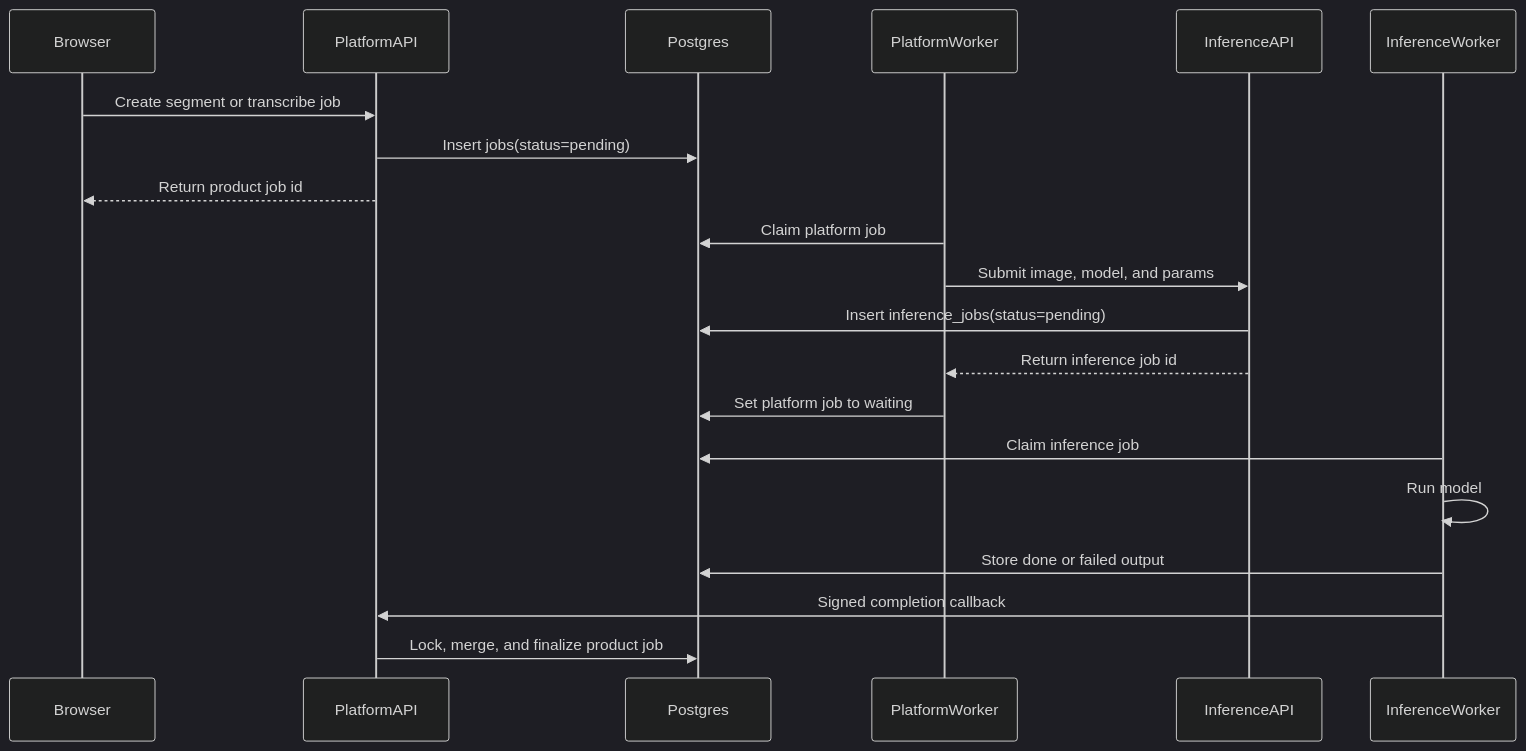
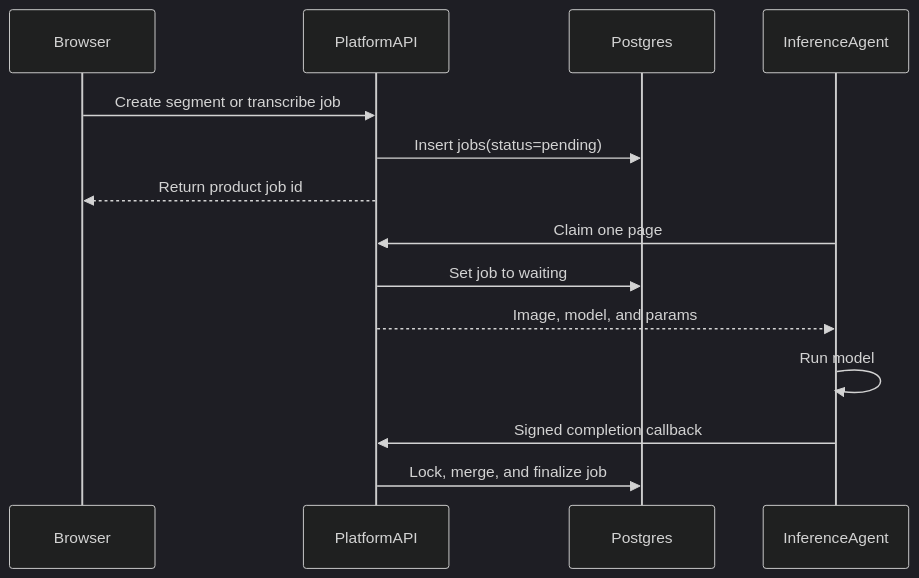
The second of 4 diagrams in docs/architecture.md (kkkamur07/greekOCR), drawn with Mermaid (dark theme) before and after one commit. The commit also changed other lines of this file and 31 other files, not shown here.

First line of the commit message:
build: remove the inference-api container and its Postgres dependencies

````diff
--- a/docs/architecture.md
+++ b/docs/architecture.md
@@ -80,23 +80,17 @@
 ```mermaid
 sequenceDiagram
     participant UI as Browser
     participant API as PlatformAPI
     participant DB as Postgres
-    participant PW as PlatformWorker
-    participant IA as InferenceAPI
-    participant IW as InferenceWorker
+    participant AG as InferenceAgent
 
     UI->>API: Create segment or transcribe job
     API->>DB: Insert jobs(status=pending)
     API-->>UI: Return product job id
-    PW->>DB: Claim platform job
-    PW->>IA: Submit image, model, and params
-    IA->>DB: Insert inference_jobs(status=pending)
-    IA-->>PW: Return inference job id
-    PW->>DB: Set platform job to waiting
-    IW->>DB: Claim inference job
-    IW->>IW: Run model
-    IW->>DB: Store done or failed output
-    IW->>API: Signed completion callback
-    API->>DB: Lock, merge, and finalize product job
+    AG->>API: Claim one page
+    API->>DB: Set job to waiting
+    API-->>AG: Image, model, and params
+    AG->>AG: Run model
+    AG->>API: Signed completion callback
+    API->>DB: Lock, merge, and finalize job
 ```
````
